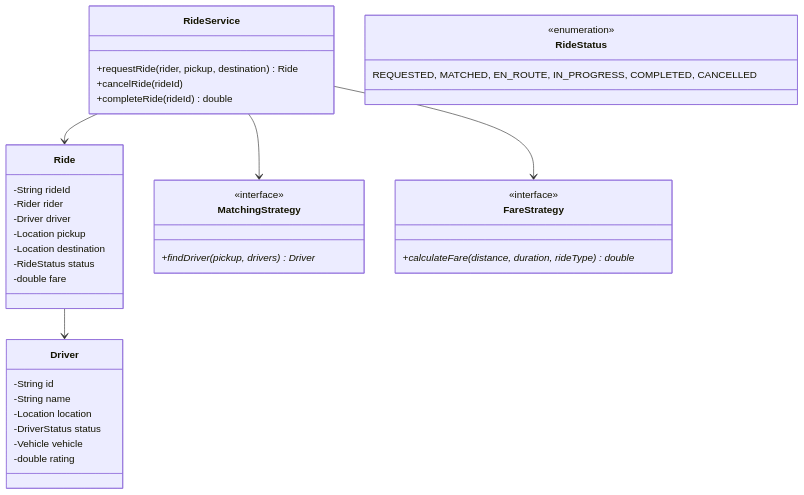
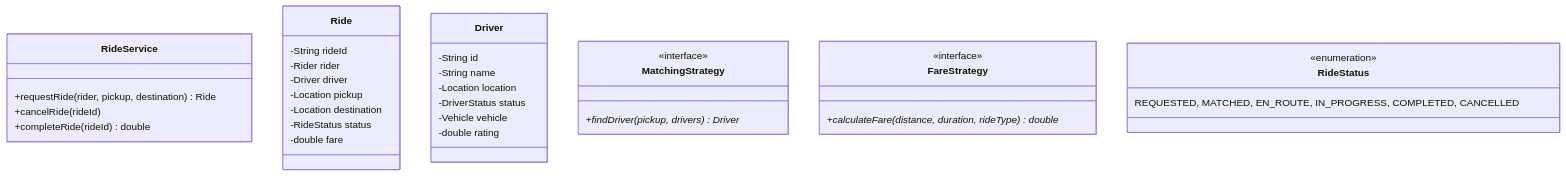
One commit to kunal0011/knowledge-base changed the first of 2 diagrams in Projects/LLD/02-LLD-Interview-Questions/26-Ride-Sharing/Design a Ride-Sharing System.md. Above: the diagram before and after it, drawn with Mermaid. The commit also changed other lines of this file and 49 other files, not shown here.

Commit message:
feat(lld): upgrade all 50 LLD interview questions with Java implementations, sequence diagrams, thread safety and SOLID matrices

````diff
--- a/Projects/LLD/02-LLD-Interview-Questions/26-Ride-Sharing/Design a Ride-Sharing System.md
+++ b/Projects/LLD/02-LLD-Interview-Questions/26-Ride-Sharing/Design a Ride-Sharing System.md
@@ -16,42 +16,43 @@
 ```mermaid
 classDiagram
     class RideService {
         +requestRide(rider, pickup, destination) Ride
         +cancelRide(rideId)
         +completeRide(rideId) double
     }
     class Ride {
         -String rideId
         -Rider rider
         -Driver driver
         -Location pickup
         -Location destination
         -RideStatus status
         -double fare
     }
     class Driver {
         -String id
         -String name
         -Location location
         -DriverStatus status
         -Vehicle vehicle
         -double rating
     }
     class MatchingStrategy {
         <<interface>>
         +findDriver(pickup, drivers)* Driver
     }
     class FareStrategy {
         <<interface>>
         +calculateFare(distance, duration, rideType)* double
     }
     class RideStatus {
         <<enumeration>>
         REQUESTED, MATCHED, EN_ROUTE, IN_PROGRESS, COMPLETED, CANCELLED
     }
 
+```mermaid
     RideService --> Ride
     RideService --> MatchingStrategy
     RideService --> FareStrategy
     Ride --> Driver
 ```
````
